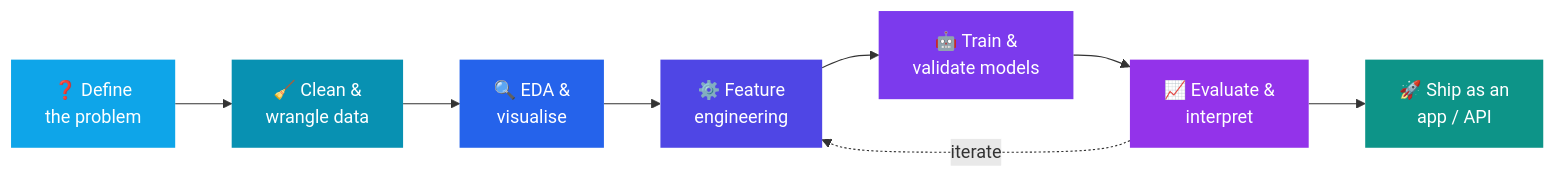
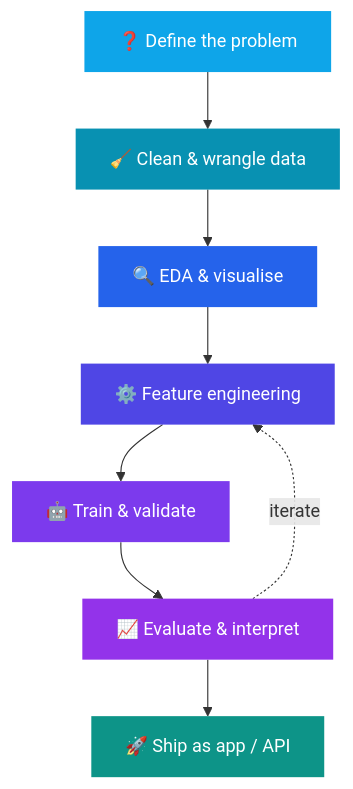
One commit to paraskosambe-web/paraskosambe-web changed the first of 4 diagrams in README.md. Above: the diagram before and after it, drawn with Mermaid. The commit also changed other lines of this file, not shown here.

````diff
--- a/README.md
+++ b/README.md
@@ -61,17 +52,17 @@
 ```mermaid
-flowchart LR
-    A["❓ Define<br/>the problem"] --> B["🧹 Clean &<br/>wrangle data"]
-    B --> C["🔍 EDA &<br/>visualise"]
-    C --> D["⚙️ Feature<br/>engineering"]
-    D --> E["🤖 Train &<br/>validate models"]
-    E --> F["📈 Evaluate &<br/>interpret"]
-    F --> G["🚀 Ship as an<br/>app / API"]
+flowchart TD
+    A["❓ Define the problem"] --> B["🧹 Clean & wrangle data"]
+    B --> C["🔍 EDA & visualise"]
+    C --> D["⚙️ Feature engineering"]
+    D --> E["🤖 Train & validate"]
+    E --> F["📈 Evaluate & interpret"]
+    F --> G["🚀 Ship as app / API"]
     F -.->|iterate| D
     style A fill:#0ea5e9,stroke:none,color:#fff
     style B fill:#0891b2,stroke:none,color:#fff
     style C fill:#2563eb,stroke:none,color:#fff
     style D fill:#4f46e5,stroke:none,color:#fff
     style E fill:#7c3aed,stroke:none,color:#fff
     style F fill:#9333ea,stroke:none,color:#fff
     style G fill:#0d9488,stroke:none,color:#fff
 ```
````
